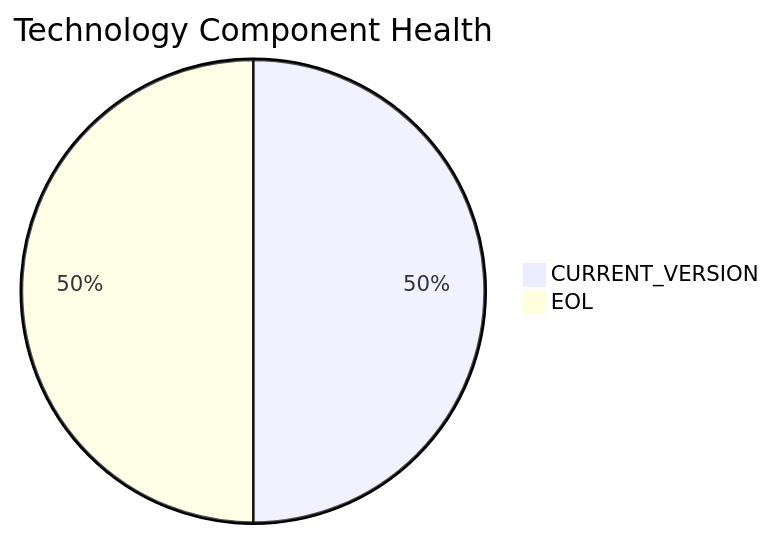
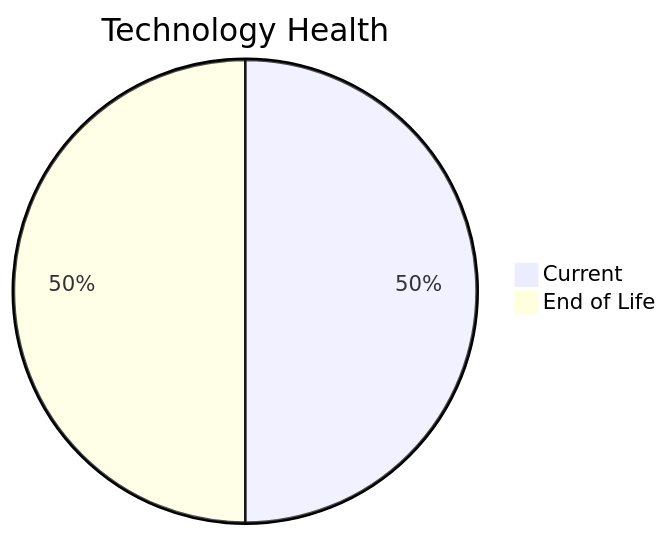
The diagram in discover/output/reports/apps/app002.md (ktruchcz/copilot-test-ktruchcz), drawn with Mermaid before and after one commit. The commit also changed other lines of this file and 227 other files, not shown here.

````diff
--- a/discover/output/reports/apps/app002.md
+++ b/discover/output/reports/apps/app002.md
@@ -38,5 +32,5 @@
 ```mermaid
-pie title Technology Component Health
-    "CURRENT_VERSION" : 2
-    "EOL" : 2
+pie title Technology Health
+    "Current" : 2
+    "End of Life" : 2
 ```
````
